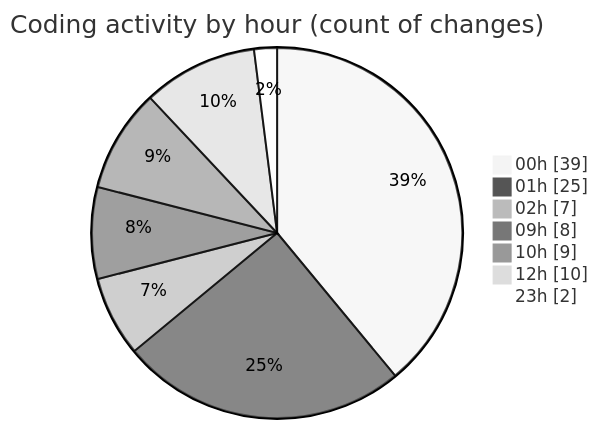
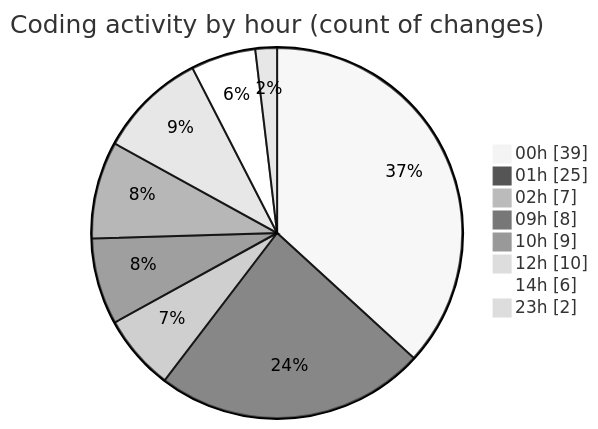
One commit to julien-gomy/code-tracking changed the second of 2 diagrams in 2025-10-10/eventscop-frontend-guide__workspace_/README.md. Above: the diagram before and after it, drawn with Mermaid (neutral theme). The commit also changed other lines of this file and 1 other file, not shown here.

````diff
--- a/2025-10-10/eventscop-frontend-guide__workspace_/README.md
+++ b/2025-10-10/eventscop-frontend-guide__workspace_/README.md
@@ -40,11 +43,12 @@
 ```mermaid
 pie showData
 title Coding activity by hour (count of changes)
 "00h" : 39
 "01h" : 25
 "02h" : 7
 "09h" : 8
 "10h" : 9
 "12h" : 10
+"14h" : 6
 "23h" : 2
 ```
````
